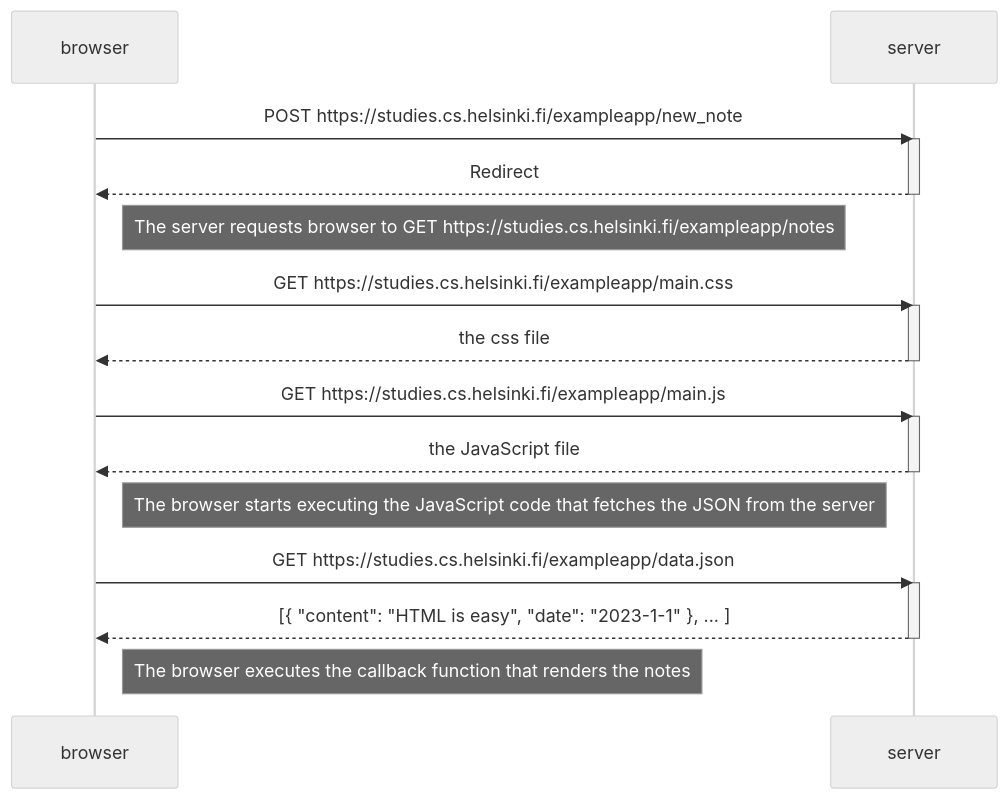
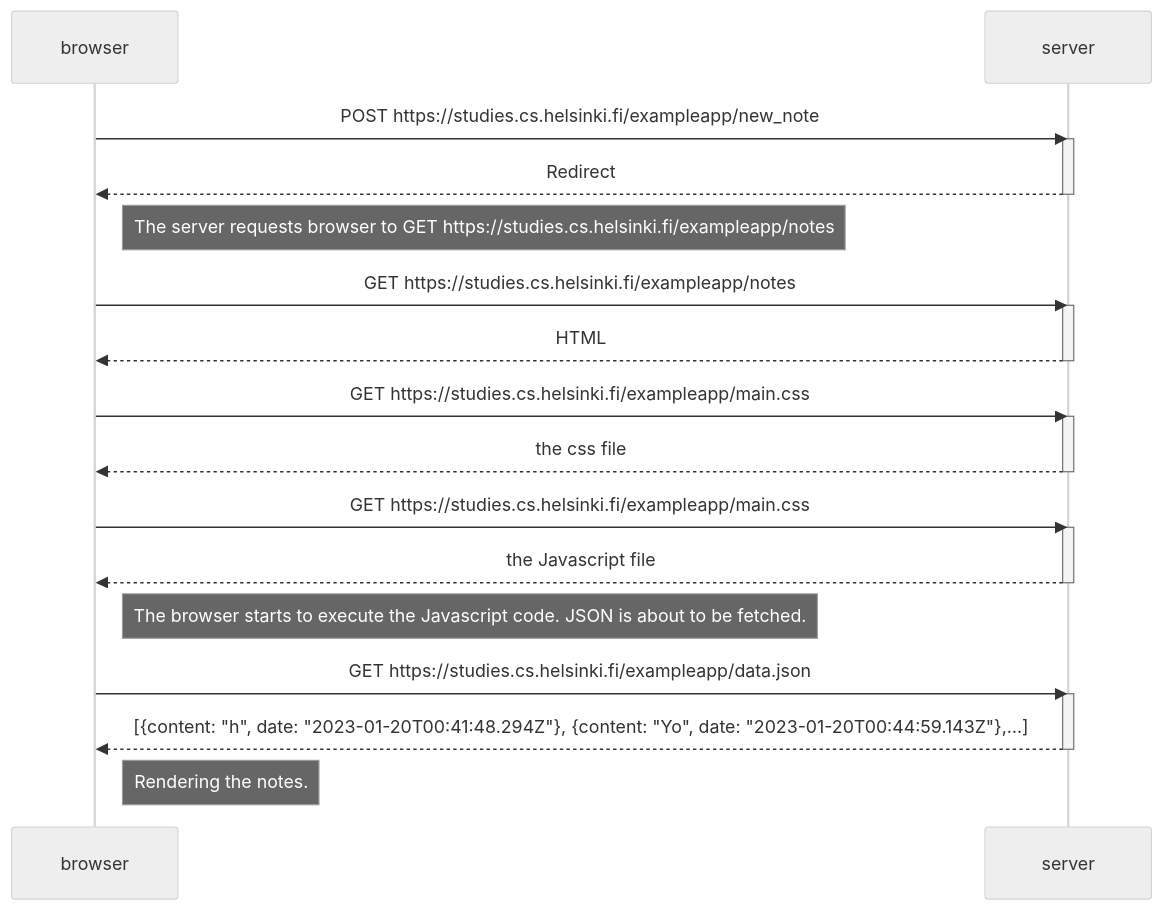
One commit to Tunturihaukka/fullstack0 changed the diagram in 0_4.md. Above: the diagram before and after it, drawn with Mermaid (neutral theme).

Commit message:
0.4, corrected commit

````diff
--- a/0_4.md
+++ b/0_4.md
@@ -1,31 +1,37 @@
 ```mermaid
 sequenceDiagram
     participant browser
     participant server
     
     browser->>server: POST https://studies.cs.helsinki.fi/exampleapp/new_note
     activate server
     server-->>browser: Redirect
     deactivate server
 
     Note right of browser: The server requests browser to GET https://studies.cs.helsinki.fi/exampleapp/notes 
     
+    browser->>server: GET https://studies.cs.helsinki.fi/exampleapp/notes
+    activate server
+    server-->>browser: HTML
+    deactivate server
+    
     browser->>server: GET https://studies.cs.helsinki.fi/exampleapp/main.css
     activate server
     server-->>browser: the css file
     deactivate server
     
-    browser->>server: GET https://studies.cs.helsinki.fi/exampleapp/main.js
+    browser->>server: GET https://studies.cs.helsinki.fi/exampleapp/main.css
     activate server
-    server-->>browser: the JavaScript file
+    server-->>browser: the Javascript file
     deactivate server
     
-    Note right of browser: The browser starts executing the JavaScript code that fetches the JSON from the server
+    Note right of browser: The browser starts to execute the Javascript code. JSON is about to be fetched.
     
     browser->>server: GET https://studies.cs.helsinki.fi/exampleapp/data.json
     activate server
-    server-->>browser: [{ "content": "HTML is easy", "date": "2023-1-1" }, ... ]
-    deactivate server    
+    server-->>browser: [{content: "h", date: "2023-01-20T00:41:48.294Z"}, {content: "Yo", date: "2023-01-20T00:44:59.143Z"},…]
+    deactivate server   
 
-    Note right of browser: The browser executes the callback function that renders the notes 
+
+    Note right of browser: Rendering the notes.
 ```
````
